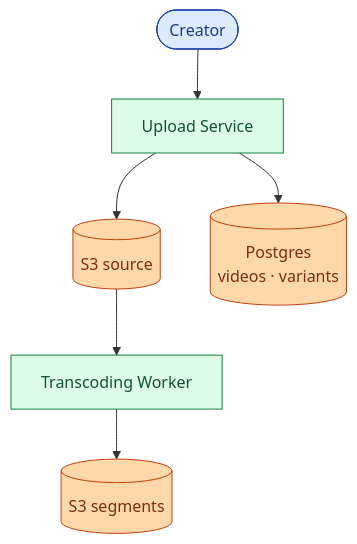
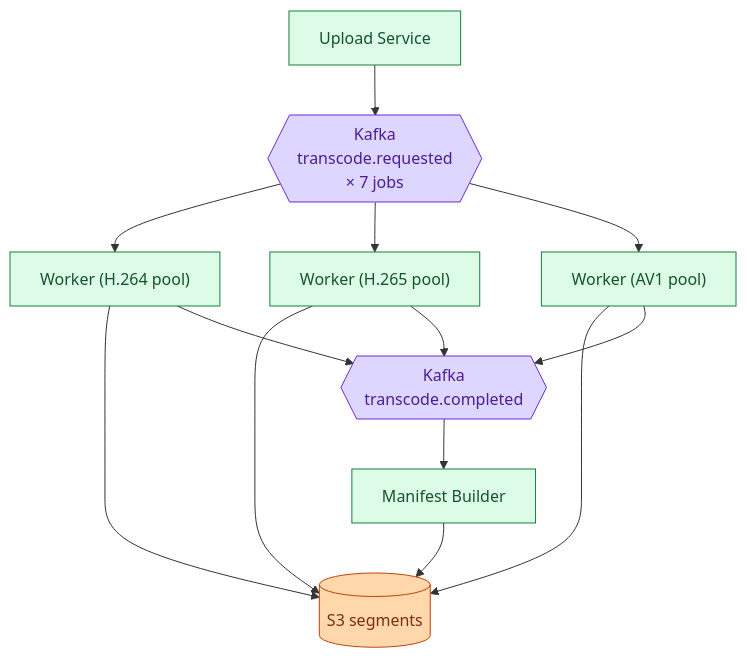
One commit to shiningflash/system-design changed the fourth of 11 diagrams in problems/006-video-streaming/question.md. Above: the diagram before and after it, drawn with Mermaid. The commit also changed other lines of this file and 37 other files, not shown here.

````diff
--- a/problems/006-video-streaming/question.md
+++ b/problems/006-video-streaming/question.md
@@ -214,12 +189,19 @@
 ```mermaid
 flowchart TB
-    C([Creator]):::user --> U["Upload Service"]:::app
-    U --> S3src[("S3 source")]:::db
-    U --> DB[("Postgres<br/>videos · variants")]:::db
-    S3src --> TW["Transcoding Worker"]:::app
-    TW --> S3out[("S3 segments")]:::db
+    U["Upload Service"]:::app --> K{{"Kafka<br/>transcode.requested<br/>× 7 jobs"}}:::queue
+    K --> TW1["Worker (H.264 pool)"]:::app
+    K --> TW2["Worker (H.265 pool)"]:::app
+    K --> TW3["Worker (AV1 pool)"]:::app
+    TW1 --> S3out[("S3 segments")]:::db
+    TW2 --> S3out
+    TW3 --> S3out
+    TW1 --> K2{{"Kafka<br/>transcode.completed"}}:::queue
+    TW2 --> K2
+    TW3 --> K2
+    K2 --> MB["Manifest Builder"]:::app
+    MB --> S3out
 
-    classDef user  fill:#dbeafe,stroke:#1e40af,color:#1e3a8a
     classDef app   fill:#dcfce7,stroke:#15803d,color:#14532d
     classDef db    fill:#fed7aa,stroke:#c2410c,color:#7c2d12
+    classDef queue fill:#ddd6fe,stroke:#6d28d9,color:#4c1d95
 ```
````
